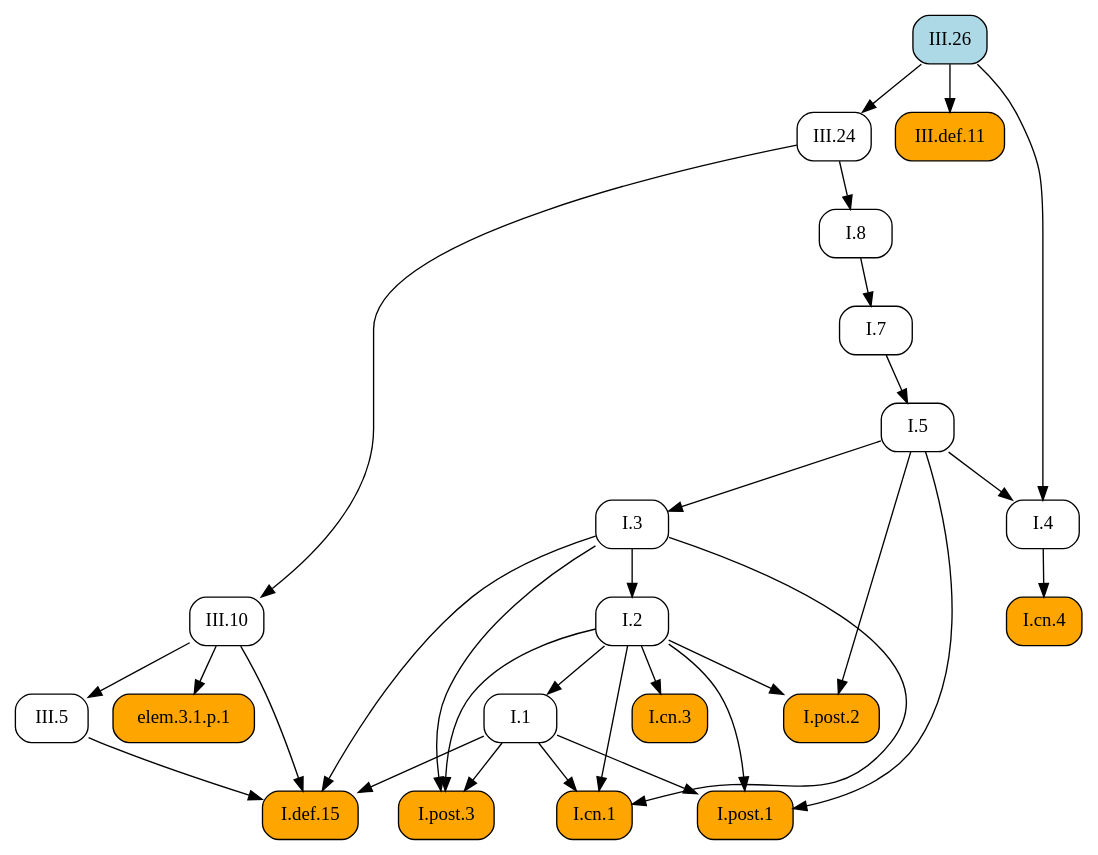
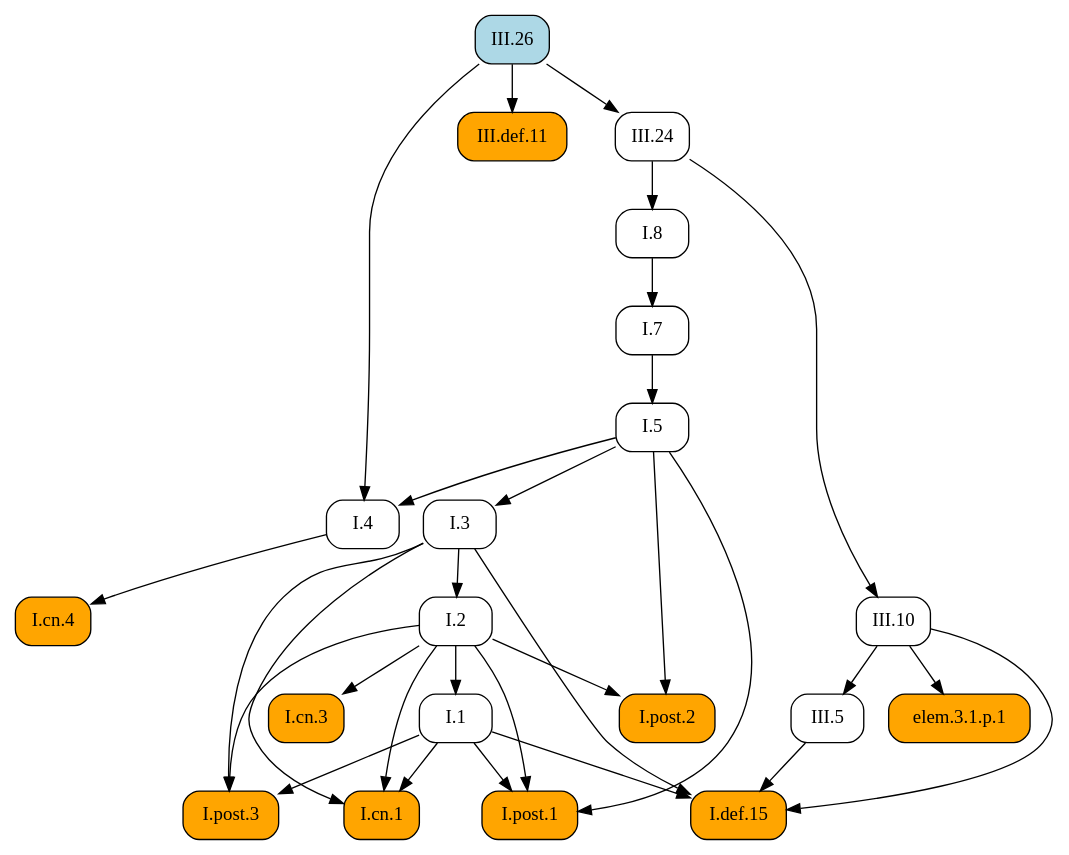
Before and after one commit to geometor/elements: the diagram in docsrc/elements2/III/26/index.rst, drawn with Graphviz. The commit also changed other lines of this file and 171 other files, not shown here.

```diff
--- a/docsrc/elements2/III/26/index.rst
+++ b/docsrc/elements2/III/26/index.rst
@@ -66,56 +66,56 @@
 .. graphviz::
 
    digraph {
      rankdir="TB";
      node [shape=box, style=rounded];
+     "I.8" [URL="/elements2/I/8/", target="_top"];
+     "I.1" [URL="/elements2/I/1/", target="_top"];
+     "I.cn.4" [style="rounded,filled", fillcolor=orange, URL="/elements2/I/cn.4/", target="_top"];
+     "I.cn.3" [style="rounded,filled", fillcolor=orange, URL="/elements2/I/cn.3/", target="_top"];
+     "III.5" [URL="/elements2/III/5/", target="_top"];
+     "I.7" [URL="/elements2/I/7/", target="_top"];
+     "III.26" [style="rounded,filled", fillcolor=lightblue, URL="/elements2/III/26/", target="_top"];
+     "I.post.1" [style="rounded,filled", fillcolor=orange, URL="/elements2/I/post.1/", target="_top"];
+     "elem.3.1.p.1" [style="rounded,filled", fillcolor=orange];
+     "I.5" [URL="/elements2/I/5/", target="_top"];
+     "I.cn.1" [style="rounded,filled", fillcolor=orange, URL="/elements2/I/cn.1/", target="_top"];
+     "I.2" [URL="/elements2/I/2/", target="_top"];
+     "I.def.15" [style="rounded,filled", fillcolor=orange, URL="/elements2/I/def.15/", target="_top"];
+     "I.4" [URL="/elements2/I/4/", target="_top"];
+     "III.def.11" [style="rounded,filled", fillcolor=orange, URL="/elements2/III/def.11/", target="_top"];
      "III.24" [URL="/elements2/III/24/", target="_top"];
-     "III.def.11" [style="rounded,filled", fillcolor=orange, URL="/elements2/III/def.11/", target="_top"];
-     "I.8" [URL="/elements2/I/8/", target="_top"];
-     "I.2" [URL="/elements2/I/2/", target="_top"];
-     "I.cn.4" [style="rounded,filled", fillcolor=orange, URL="/elements2/I/cn.4/", target="_top"];
-     "I.def.15" [style="rounded,filled", fillcolor=orange, URL="/elements2/I/def.15/", target="_top"];
+     "III.10" [URL="/elements2/III/10/", target="_top"];
+     "I.3" [URL="/elements2/I/3/", target="_top"];
+     "I.post.2" [style="rounded,filled", fillcolor=orange, URL="/elements2/I/post.2/", target="_top"];
      "I.post.3" [style="rounded,filled", fillcolor=orange, URL="/elements2/I/post.3/", target="_top"];
-     "III.10" [URL="/elements2/III/10/", target="_top"];
-     "I.1" [URL="/elements2/I/1/", target="_top"];
-     "I.post.2" [style="rounded,filled", fillcolor=orange, URL="/elements2/I/post.2/", target="_top"];
-     "elem.3.1.p.1" [style="rounded,filled", fillcolor=orange];
-     "III.5" [URL="/elements2/III/5/", target="_top"];
-     "I.post.1" [style="rounded,filled", fillcolor=orange, URL="/elements2/I/post.1/", target="_top"];
-     "I.7" [URL="/elements2/I/7/", target="_top"];
-     "I.cn.1" [style="rounded,filled", fillcolor=orange, URL="/elements2/I/cn.1/", target="_top"];
-     "III.26" [style="rounded,filled", fillcolor=lightblue, URL="/elements2/III/26/", target="_top"];
-     "I.3" [URL="/elements2/I/3/", target="_top"];
-     "I.cn.3" [style="rounded,filled", fillcolor=orange, URL="/elements2/I/cn.3/", target="_top"];
-     "I.5" [URL="/elements2/I/5/", target="_top"];
-     "I.4" [URL="/elements2/I/4/", target="_top"];
-     "III.26" -> "III.24";
-     "III.26" -> "III.def.11";
      "III.24" -> "I.8";
+     "I.2" -> "I.1";
+     "I.4" -> "I.cn.4";
+     "I.2" -> "I.cn.3";
+     "III.10" -> "III.5";
+     "I.8" -> "I.7";
+     "I.1" -> "I.post.1";
+     "I.2" -> "I.post.1";
+     "I.5" -> "I.post.1";
+     "III.10" -> "elem.3.1.p.1";
+     "I.7" -> "I.5";
+     "I.1" -> "I.cn.1";
+     "I.2" -> "I.cn.1";
+     "I.3" -> "I.cn.1";
      "I.3" -> "I.2";
-     "I.4" -> "I.cn.4";
      "I.1" -> "I.def.15";
      "I.3" -> "I.def.15";
      "III.5" -> "I.def.15";
      "III.10" -> "I.def.15";
+     "I.5" -> "I.4";
+     "III.26" -> "I.4";
+     "III.26" -> "III.def.11";
+     "III.26" -> "III.24";
+     "III.24" -> "III.10";
+     "I.5" -> "I.3";
+     "I.2" -> "I.post.2";
+     "I.5" -> "I.post.2";
      "I.1" -> "I.post.3";
      "I.2" -> "I.post.3";
      "I.3" -> "I.post.3";
-     "III.24" -> "III.10";
-     "I.2" -> "I.1";
-     "I.2" -> "I.post.2";
-     "I.5" -> "I.post.2";
-     "III.10" -> "elem.3.1.p.1";
-     "III.10" -> "III.5";
-     "I.1" -> "I.post.1";
-     "I.2" -> "I.post.1";
-     "I.5" -> "I.post.1";
-     "I.8" -> "I.7";
-     "I.1" -> "I.cn.1";
-     "I.2" -> "I.cn.1";
-     "I.3" -> "I.cn.1";
-     "I.5" -> "I.3";
-     "I.2" -> "I.cn.3";
-     "I.7" -> "I.5";
-     "I.5" -> "I.4";
-     "III.26" -> "I.4";
    }
```
